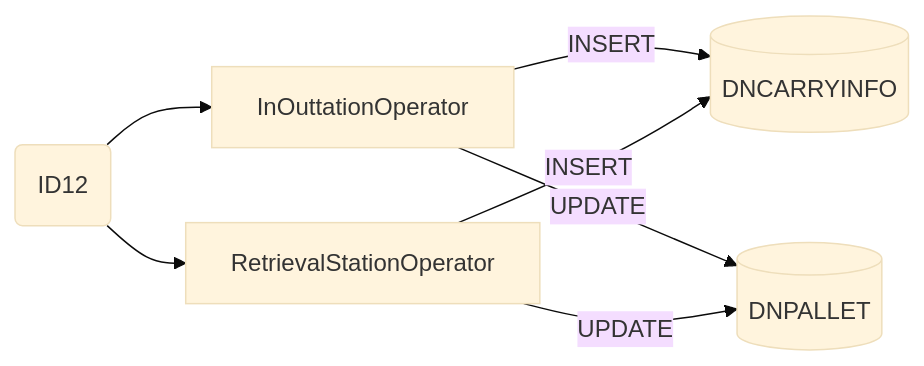
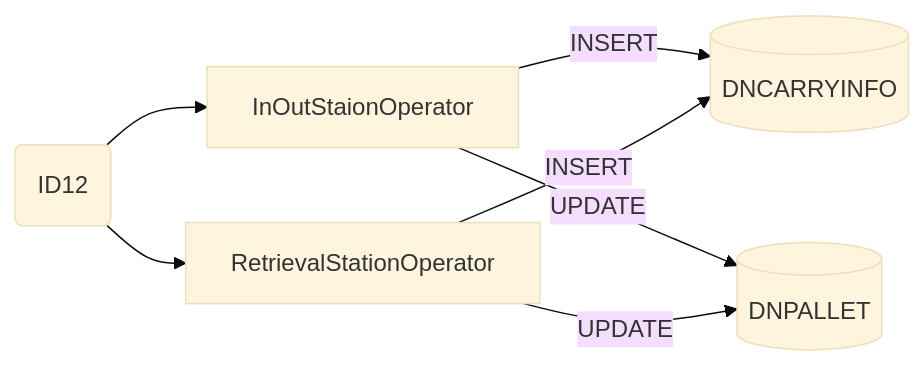
The fourth of 10 diagrams in Basic-Design/DFD-WMS/Retrieval/Unplanned-Retrieval-to-HP-Area.md (luthfiadityaa/SimeDarby-Wiki), drawn with Mermaid (base theme) before and after one commit.

Commit message:
Updated Unplanned Retrieval to HP Area

```diff
--- a/Basic-Design/DFD-WMS/Retrieval/Unplanned-Retrieval-to-HP-Area.md
+++ b/Basic-Design/DFD-WMS/Retrieval/Unplanned-Retrieval-to-HP-Area.md
@@ -195,26 +195,26 @@
 ::: mermaid
 flowchart LR
 
 id26msg("
 ID12
 ")
 
 id26-insert[("
 DNCARRYINFO
 ")]
 
 id26-update[("
 DNPALLET
 ")]
 
 retrievalstationoperator[RetrievalStationOperator]
-inoutstationoperator[InOuttationOperator]
+inoutstationoperator[InOutStaionOperator]
 
 id26msg
 id26msg-->inoutstationoperator
 id26msg-->retrievalstationoperator
 inoutstationoperator--> |INSERT| id26-insert
 inoutstationoperator--> |UPDATE| id26-update
 retrievalstationoperator--> |INSERT| id26-insert
 retrievalstationoperator--> |UPDATE| id26-update
 :::
```
